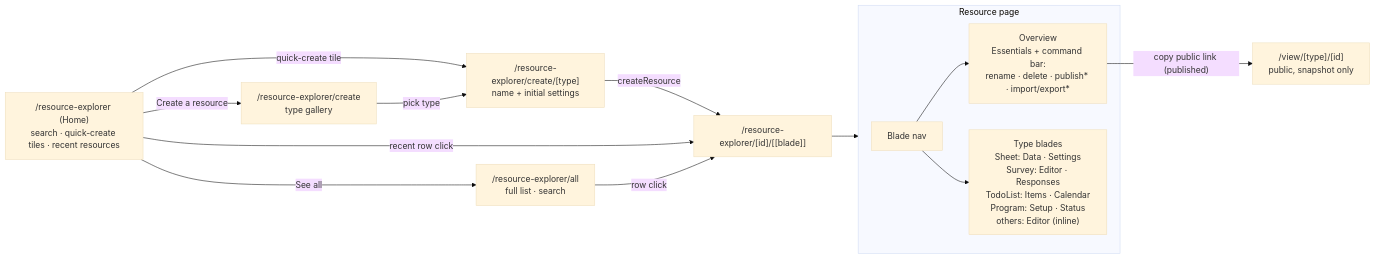
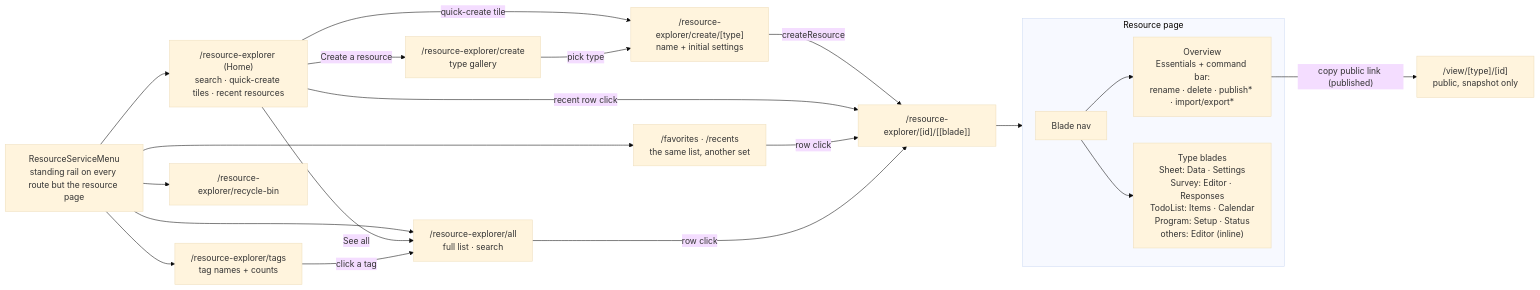
The first of 3 diagrams in packages/app/content/docs/platform/resource-explorer.md (Esposter/Esposter), drawn with Mermaid (base theme) before and after one commit. The commit also changed other lines of this file and 76 other files, not shown here.

````diff
--- a/packages/app/content/docs/platform/resource-explorer.md
+++ b/packages/app/content/docs/platform/resource-explorer.md
@@ -38,19 +42,27 @@
 ```mermaid
 flowchart LR
+  SMENU["ResourceServiceMenu<br/>standing rail on every route but the resource page"]
   HOME["/resource-explorer (Home)<br/>search · quick-create tiles · recent resources"]
-  HOME -->|See all| ALL["/resource-explorer/all<br/>full list · search"]
+  SMENU --> HOME
+  SMENU --> ALL["/resource-explorer/all<br/>full list · search"]
+  SMENU --> SETS["/favorites · /recents<br/>the same list, another set"]
+  SMENU --> TAGS["/resource-explorer/tags<br/>tag names + counts"]
+  SMENU --> BIN["/resource-explorer/recycle-bin"]
+  HOME -->|See all| ALL
   HOME -->|Create a resource| CREATE["/resource-explorer/create<br/>type gallery"]
   HOME -->|quick-create tile| CFORM["/resource-explorer/create/[type]<br/>name + initial settings"]
   CREATE -->|pick type| CFORM
   CFORM -->|createResource| RES["/resource-explorer/[id]/[[blade]]"]
   HOME -->|recent row click| RES
+  TAGS -->|click a tag| ALL
+  SETS -->|row click| RES
   ALL -->|row click| RES
 
   subgraph bladepage [Resource page]
     MENU["Blade nav"] --> OV["Overview<br/>Essentials + command bar:<br/>rename · delete · publish* · import/export*"]
     MENU --> TB["Type blades<br/>Sheet: Data · Settings<br/>Survey: Editor · Responses<br/>TodoList: Items · Calendar<br/>Program: Setup · Status<br/>others: Editor (inline)"]
   end
 
   RES --> bladepage
   OV -->|"copy public link (published)"| VIEW["/view/[type]/[id]<br/>public, snapshot only"]
 ```
````
